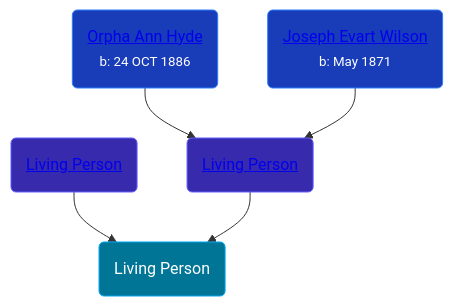
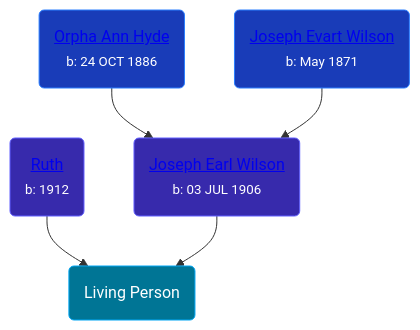
One commit to wpmgotkh/wpmgotkh.github.io changed the diagram in pages/people/7/73308950.md. Above: the diagram before and after it, drawn with Mermaid. The commit also changed other lines of this file and 586 other files, not shown here.

Commit message:
feat: better shouldConsiderPersonLiving algo

````diff
--- a/pages/people/7/73308950.md
+++ b/pages/people/7/73308950.md
@@ -10,11 +10,11 @@
 ```mermaid
 graph
 classDef grands fill:#193cb8,stroke:#2b7fff,stroke-width:1px,color:#fff;
 classDef parents fill:#372aac,stroke:#615fff,stroke-width:1px,color:#fff;
 classDef primary fill:#007595,stroke:#00a6f4,stroke-width:1px,color:#fff;
 73308950(Living Person):::primary
-72945090(<a class="text-white" href="/people/7/72945090">Living Person</a>):::parents-->73308950
-35616804(<a class="text-white" href="/people/3/35616804">Living Person</a>):::parents-->73308950
+72945090(<a class="text-white" href="/people/7/72945090">Ruth </a><br /><small>b: 1912</small>):::parents-->73308950
+35616804(<a class="text-white" href="/people/3/35616804">Joseph Earl Wilson</a><br /><small>b: 03 JUL 1906</small>):::parents-->73308950
 63932813(<a class="text-white" href="/people/6/63932813">Orpha Ann Hyde</a><br /><small>b: 24 OCT 1886</small>):::grands-->35616804
 57306025(<a class="text-white" href="/people/5/57306025">Joseph Evart Wilson</a><br /><small>b: May 1871</small>):::grands-->35616804
 ```
````
